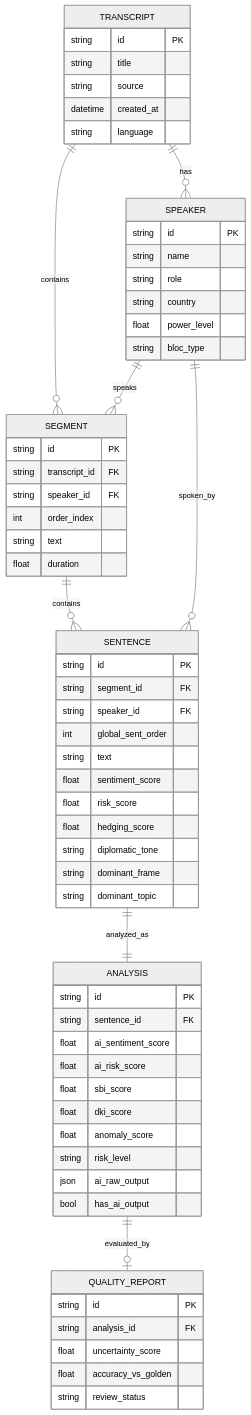
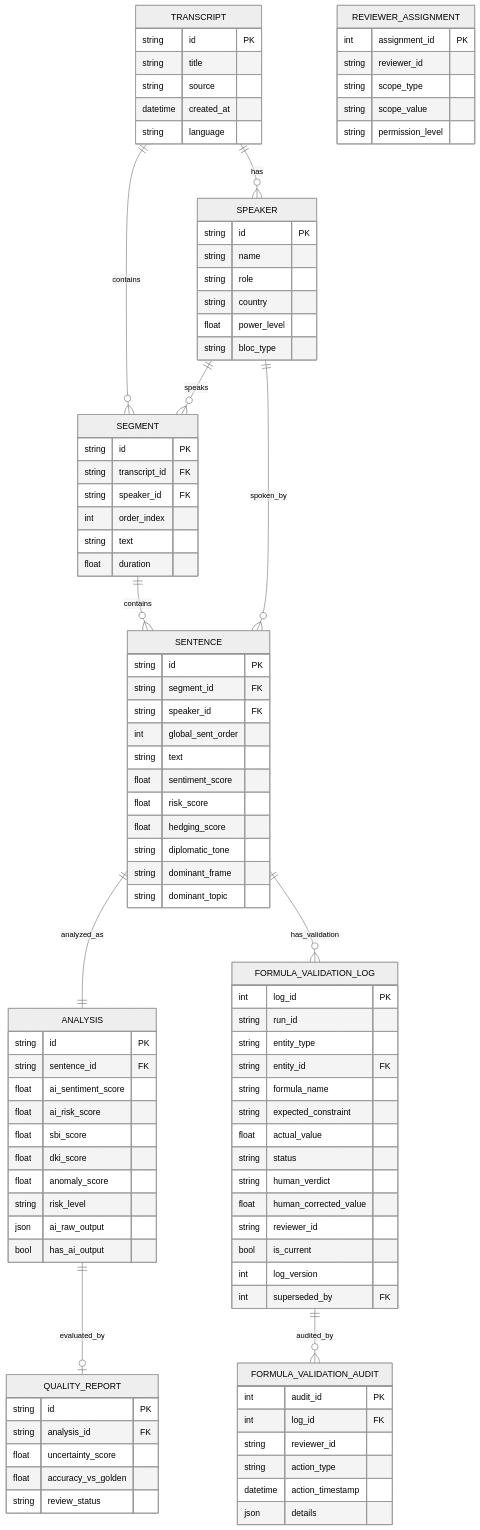
One commit to BBgitaccount/BB-PAXDATA changed the fourth of 15 diagrams in README.md. Above: the diagram before and after it, drawn with Mermaid (neutral theme). The commit also changed other lines of this file and 44 other files, not shown here.

````diff
--- a/README.md
+++ b/README.md
@@ -303,6 +325,37 @@
         float accuracy_vs_golden
         string review_status
     }
+    FORMULA_VALIDATION_LOG {
+        int log_id PK
+        string run_id
+        string entity_type
+        string entity_id FK
+        string formula_name
+        string expected_constraint
+        float actual_value
+        string status
+        string human_verdict
+        float human_corrected_value
+        string reviewer_id
+        bool is_current
+        int log_version
+        int superseded_by FK
+    }
+    FORMULA_VALIDATION_AUDIT {
+        int audit_id PK
+        int log_id FK
+        string reviewer_id
+        string action_type
+        datetime action_timestamp
+        json details
+    }
+    REVIEWER_ASSIGNMENT {
+        int assignment_id PK
+        string reviewer_id
+        string scope_type
+        string scope_value
+        string permission_level
+    }
 
     TRANSCRIPT ||--o{ SPEAKER : "has"
     TRANSCRIPT ||--o{ SEGMENT : "contains"
@@ -311,4 +364,6 @@
     SPEAKER ||--o{ SENTENCE : "spoken_by"
     SENTENCE ||--|| ANALYSIS : "analyzed_as"
     ANALYSIS ||--o| QUALITY_REPORT : "evaluated_by"
+    SENTENCE ||--o{ FORMULA_VALIDATION_LOG : "has_validation"
+    FORMULA_VALIDATION_LOG ||--o{ FORMULA_VALIDATION_AUDIT : "audited_by"
 ```
````
